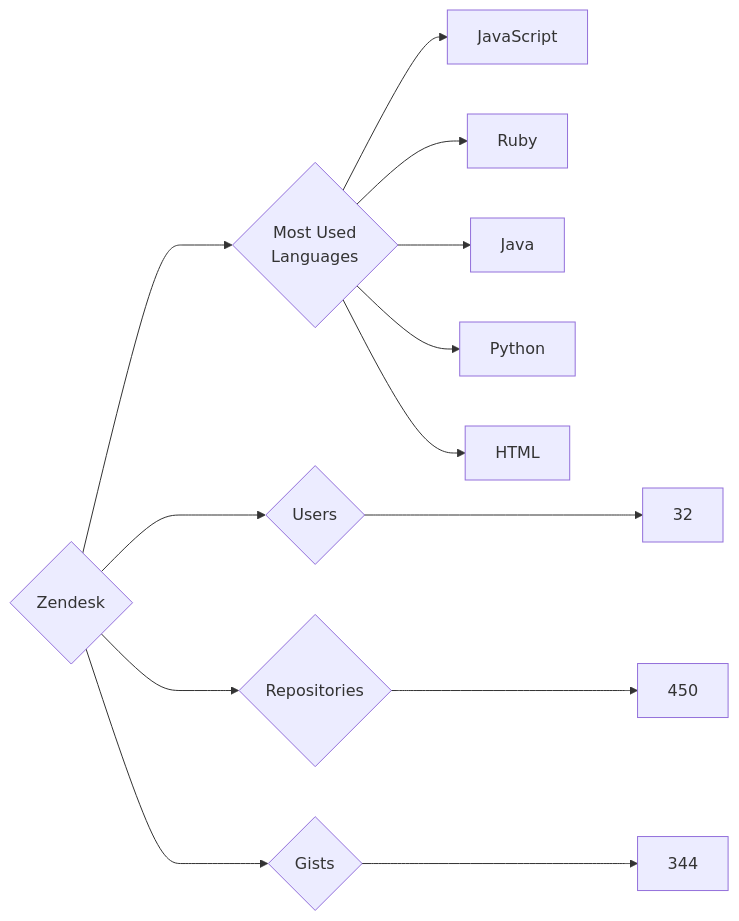
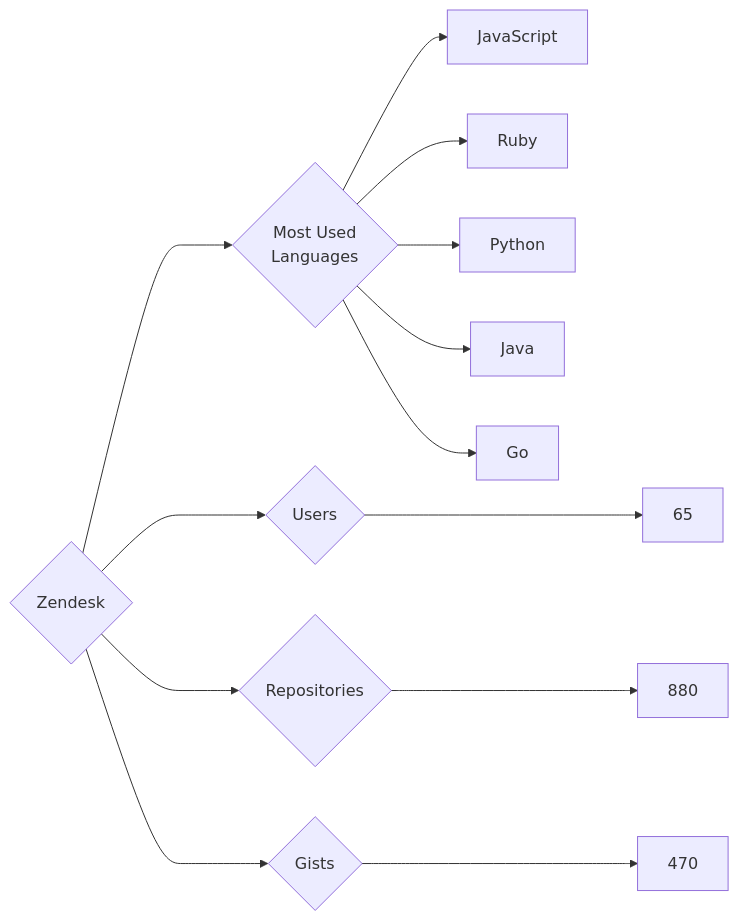
One commit to trickest/insiders changed the diagram in targets/Zendesk/README.md. Above: the diagram before and after it, drawn with Mermaid. The commit also changed 955 other files, not shown here.

````diff
--- a/targets/Zendesk/README.md
+++ b/targets/Zendesk/README.md
@@ -3,13 +3,13 @@
 ```mermaid
 graph LR
 COMPANY_NAME{Zendesk}
-COMPANY_NAME ---> U{Users} ---> UN[32]
-COMPANY_NAME ---> R{Repositories} ---> RN[450]
-COMPANY_NAME ---> G{Gists} ---> GN[344]
+COMPANY_NAME ---> U{Users} ---> UN[65]
+COMPANY_NAME ---> R{Repositories} ---> RN[880]
+COMPANY_NAME ---> G{Gists} ---> GN[470]
 COMPANY_NAME ---> ML{Most Used<br>Languages}
 ML --> JavaScript[JavaScript]
 ML --> Ruby[Ruby]
+ML --> Python[Python]
 ML --> Java[Java]
-ML --> Python[Python]
-ML --> HTML[HTML]
+ML --> Go[Go]
 ```
````
